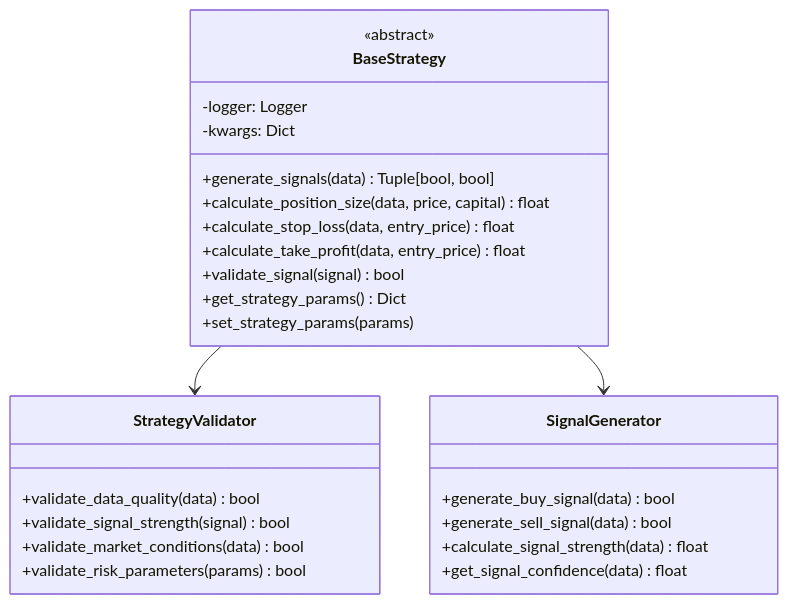
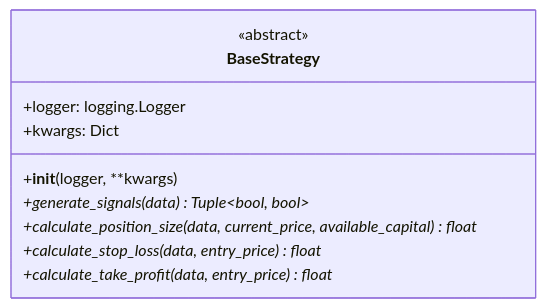
The second of 9 diagrams in docs/trading_system.md (cluster2600/ELVIS), drawn with Mermaid before and after one commit. The commit also changed other lines of this file and 60 other files, not shown here.

````diff
--- a/docs/trading_system.md
+++ b/docs/trading_system.md
@@ -94,32 +92,13 @@
 ```mermaid
 classDiagram
     class BaseStrategy {
         <<abstract>>
-        -logger: Logger
-        -kwargs: Dict
-        +generate_signals(data) Tuple[bool, bool]
-        +calculate_position_size(data, price, capital) float
-        +calculate_stop_loss(data, entry_price) float
-        +calculate_take_profit(data, entry_price) float
-        +validate_signal(signal) bool
-        +get_strategy_params() Dict
-        +set_strategy_params(params)
+        +logger: logging.Logger
+        +kwargs: Dict
+        +__init__(logger, **kwargs)
+        +generate_signals(data) Tuple~bool, bool~*
+        +calculate_position_size(data, current_price, available_capital) float*
+        +calculate_stop_loss(data, entry_price) float*
+        +calculate_take_profit(data, entry_price) float*
     }
-    
-    class StrategyValidator {
-        +validate_data_quality(data) bool
-        +validate_signal_strength(signal) bool
-        +validate_market_conditions(data) bool
-        +validate_risk_parameters(params) bool
-    }
-    
-    class SignalGenerator {
-        +generate_buy_signal(data) bool
-        +generate_sell_signal(data) bool
-        +calculate_signal_strength(data) float
-        +get_signal_confidence(data) float
-    }
-    
-    BaseStrategy --> StrategyValidator
-    BaseStrategy --> SignalGenerator
 ```
````
